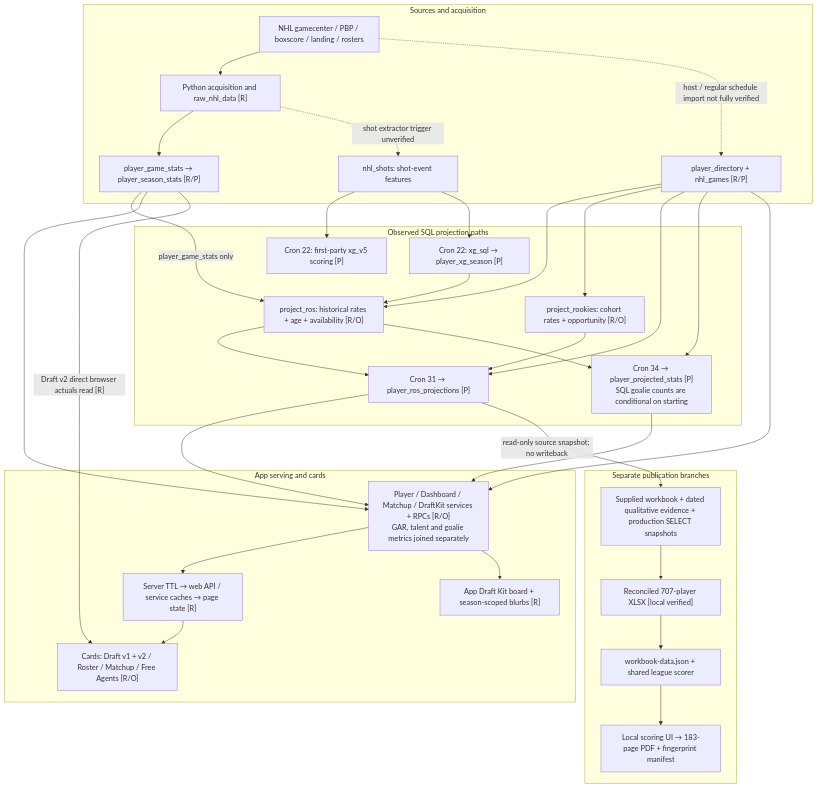
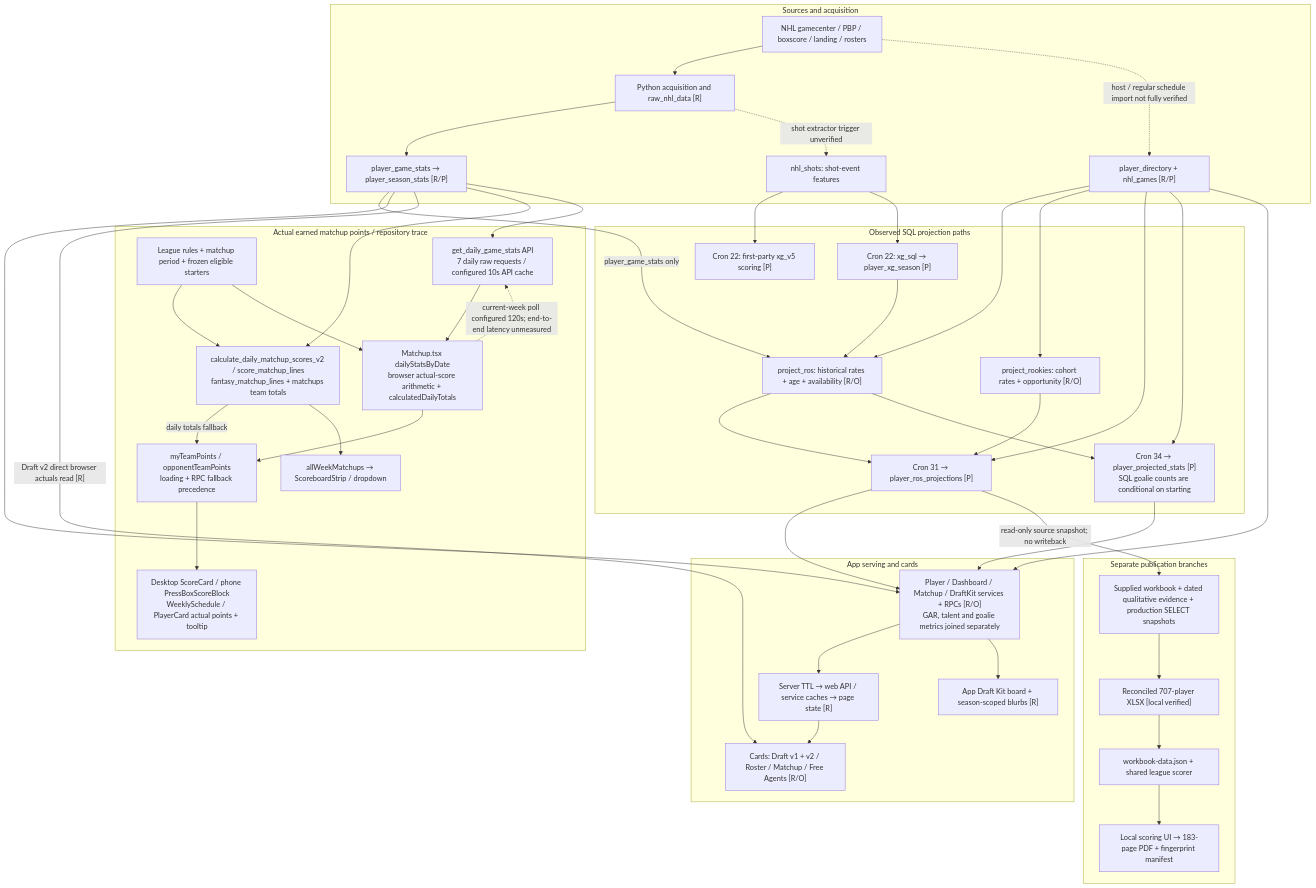
Before and after one commit to Gstormsfh/citrus-league-storm-main: the diagram in docs/audits/citrus-data-network-2026-09-12.mmd, drawn with Mermaid. The commit also changed 20 other files, not shown here.

```diff
--- a/docs/audits/citrus-data-network-2026-09-12.mmd
+++ b/docs/audits/citrus-data-network-2026-09-12.mmd
@@ -1,51 +1,68 @@
 flowchart TB
   subgraph Sources[Sources and acquisition]
     NHL["NHL gamecenter / PBP / boxscore / landing / rosters"]
     ING["Python acquisition and raw_nhl_data [R]"]
     FACT["player_game_stats → player_season_stats [R/P]"]
     META["player_directory + nhl_games [R/P]"]
     SHOT["nhl_shots: shot-event features"]
     NHL --> ING --> FACT
     NHL -. "host / regular schedule import not fully verified" .-> META
     ING -. "shot extractor trigger unverified" .-> SHOT
   end
   subgraph Models[Observed SQL projection paths]
     V5["Cron 22: first-party xg_v5 scoring [P]"]
     XG["Cron 22: xg_sql → player_xg_season [P]"]
     RATE["project_ros: historical rates + age + availability [R/O]"]
     ROOKIE["project_rookies: cohort rates + opportunity [R/O]"]
     ROS["Cron 31 → player_ros_projections [P]"]
     DAILY["Cron 34 → player_projected_stats [P]<br/>SQL goalie counts are conditional on starting"]
     SHOT --> V5
     SHOT --> XG
     FACT -->|"player_game_stats only"| RATE
     XG --> RATE
     META --> RATE
     META --> ROOKIE
     RATE --> ROS
     ROOKIE --> ROS
     META --> ROS
     RATE --> DAILY
     META --> DAILY
   end
   subgraph Product[App serving and cards]
     API["Player / Dashboard / Matchup / DraftKit services + RPCs [R/O]<br/>GAR, talent and goalie metrics joined separately"]
     CACHE["Server TTL → web API / service caches → page state [R]"]
     CARD["Cards: Draft v1 + v2 / Roster / Matchup / Free Agents [R/O]"]
     APPKIT["App Draft Kit board + season-scoped blurbs [R]"]
     FACT --> API
     META --> API
     ROS --> API
     DAILY --> API
     API --> CACHE --> CARD
     API --> APPKIT
     FACT -->|"Draft v2 direct browser actuals read [R]"| CARD
   end
+  subgraph ActualMatchup[Actual earned matchup points / repository trace]
+    ELIG["League rules + matchup period + frozen eligible starters"]
+    SQLACT["calculate_daily_matchup_scores_v2 / score_matchup_lines<br/>fantasy_matchup_lines + matchups team totals"]
+    RAWACT["get_daily_game_stats API<br/>7 daily raw requests / configured 10s API cache"]
+    UIACT["Matchup.tsx dailyStatsByDate<br/>browser actual-score arithmetic + calculatedDailyTotals"]
+    SELECTACT["myTeamPoints / opponentTeamPoints<br/>loading + RPC fallback precedence"]
+    SCOREBOARD["Desktop ScoreCard / phone PressBoxScoreBlock<br/>WeeklySchedule / PlayerCard actual points + tooltip"]
+    STRIP["allWeekMatchups → ScoreboardStrip / dropdown"]
+    FACT --> SQLACT
+    ELIG --> SQLACT
+    FACT --> RAWACT --> UIACT
+    ELIG --> UIACT
+    SQLACT -->|"daily totals fallback"| SELECTACT
+    UIACT --> SELECTACT --> SCOREBOARD
+    SQLACT --> STRIP
+    UIACT -. "current-week poll configured 120s; end-to-end latency unmeasured" .-> RAWACT
+  end
   subgraph Publication[Separate publication branches]
     INPUT["Supplied workbook + dated qualitative evidence + production SELECT snapshots"]
     WB["Reconciled 707-player XLSX [local verified]"]
     SNAP["workbook-data.json + shared league scorer"]
     PDF["Local scoring UI → 183-page PDF + fingerprint manifest"]
     ROS -->|"read-only source snapshot; no writeback"| INPUT
     INPUT --> WB --> SNAP --> PDF
   end
```
